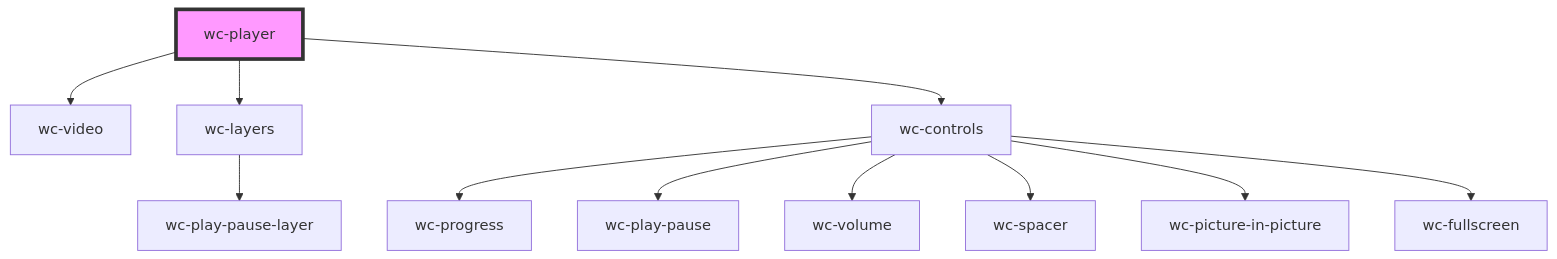
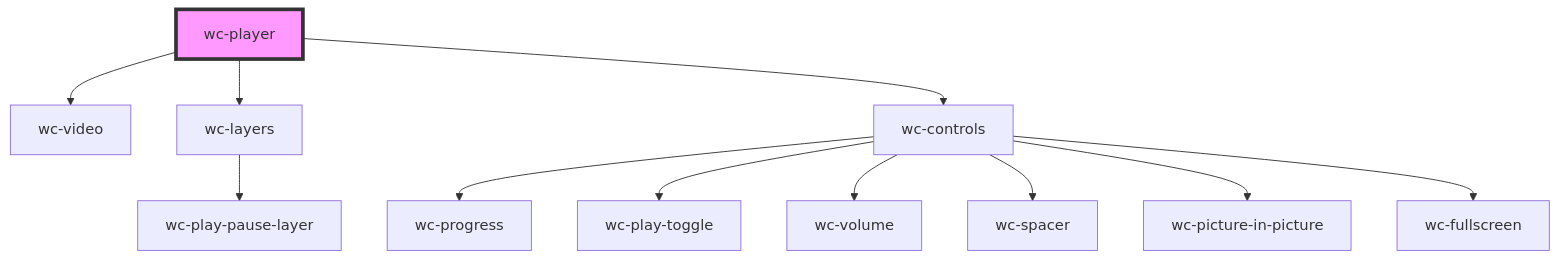
One commit to iChengbo/wcplayer changed the diagram in packages/wcplayer-components/src/components/wc-player/readme.md. Above: the diagram before and after it, drawn with Mermaid. The commit also changed 10 other files, not shown here.

Commit message:
chore: rename wc-play-pause to wc-play-toggle

````diff
--- a/packages/wcplayer-components/src/components/wc-player/readme.md
+++ b/packages/wcplayer-components/src/components/wc-player/readme.md
@@ -40,14 +40,14 @@
 ```mermaid
 graph TD;
   wc-player --> wc-video
   wc-player --> wc-layers
   wc-player --> wc-controls
   wc-layers --> wc-play-pause-layer
   wc-controls --> wc-progress
-  wc-controls --> wc-play-pause
+  wc-controls --> wc-play-toggle
   wc-controls --> wc-volume
   wc-controls --> wc-spacer
   wc-controls --> wc-picture-in-picture
   wc-controls --> wc-fullscreen
   style wc-player fill:#f9f,stroke:#333,stroke-width:4px
 ```
````
